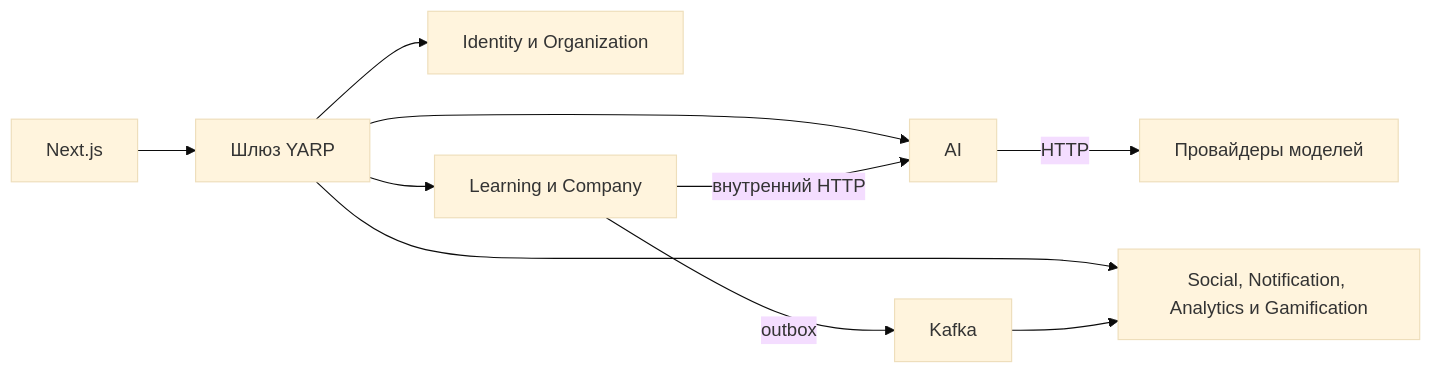
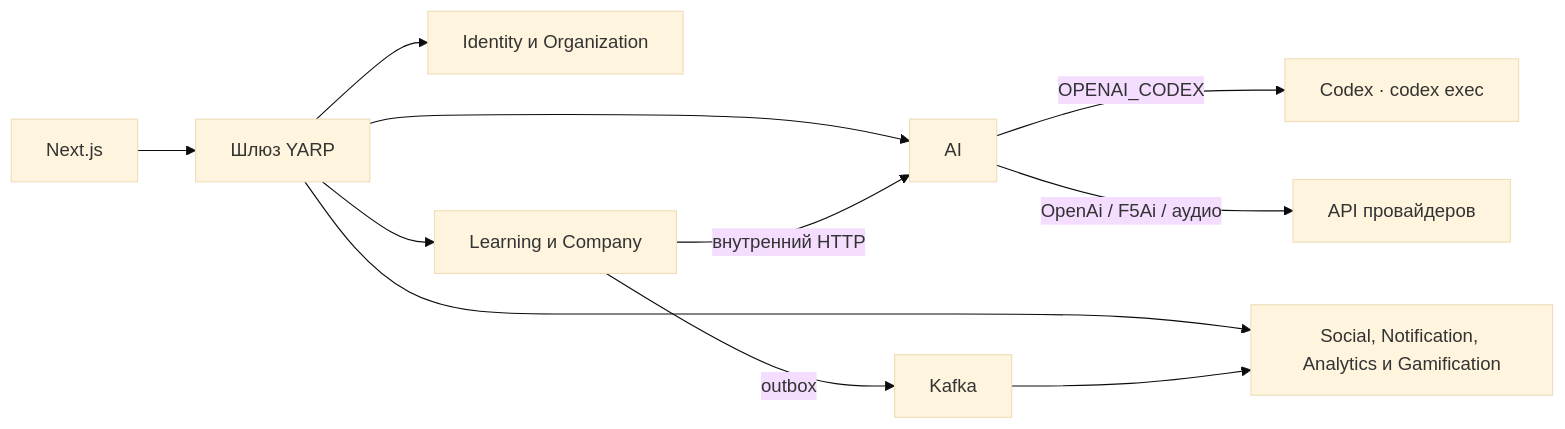
The diagram in docs/architecture.md (akkne/sellevate), drawn with Mermaid (base theme) before and after one commit. The commit also changed other lines of this file and 42 other files, not shown here.

````diff
--- a/docs/architecture.md
+++ b/docs/architecture.md
@@ -5,12 +5,13 @@
 ```mermaid
 flowchart LR
     UI[Next.js] --> GW[Шлюз YARP]
     GW --> I[Identity и Organization]
     GW --> L[Learning и Company]
     GW --> A[AI]
     GW --> S[Social, Notification, Analytics и Gamification]
     L -->|внутренний HTTP| A
     L -->|outbox| K[Kafka]
     K --> S
-    A -->|HTTP| P[Провайдеры моделей]
+    A -->|OPENAI_CODEX| C[Codex · codex exec]
+    A -->|OpenAi / F5Ai / аудио| P[API провайдеров]
 ```
````
